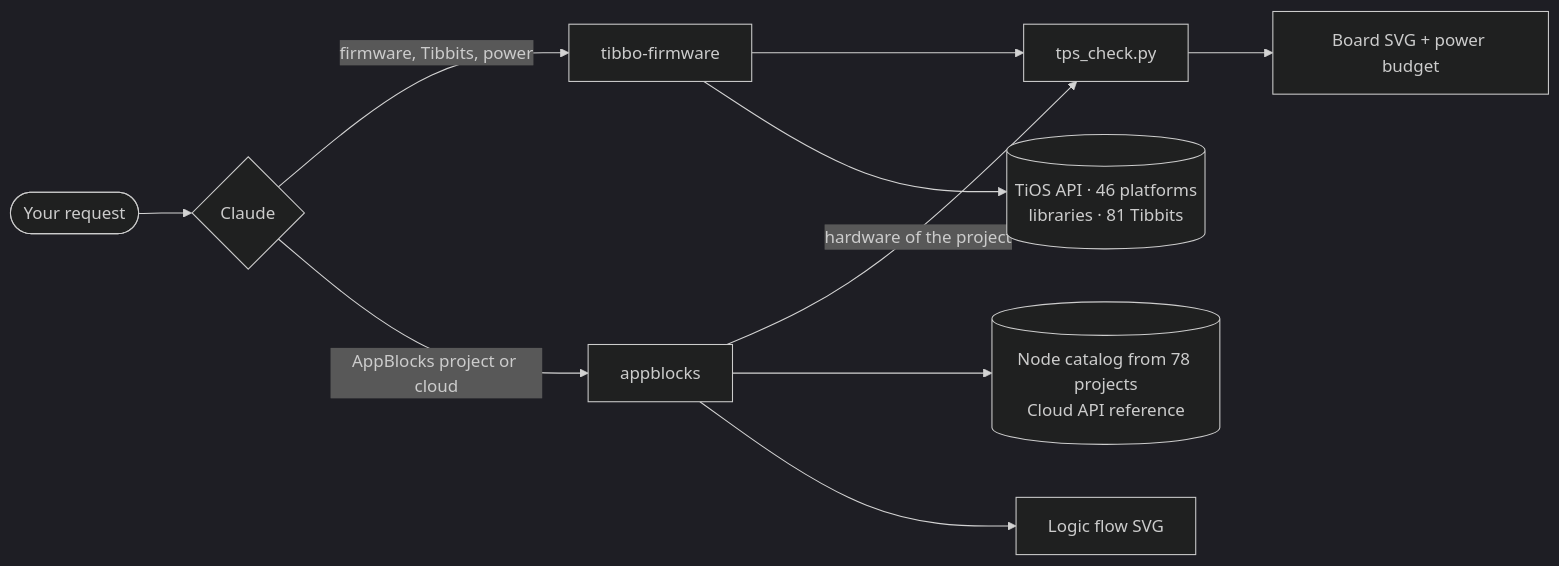
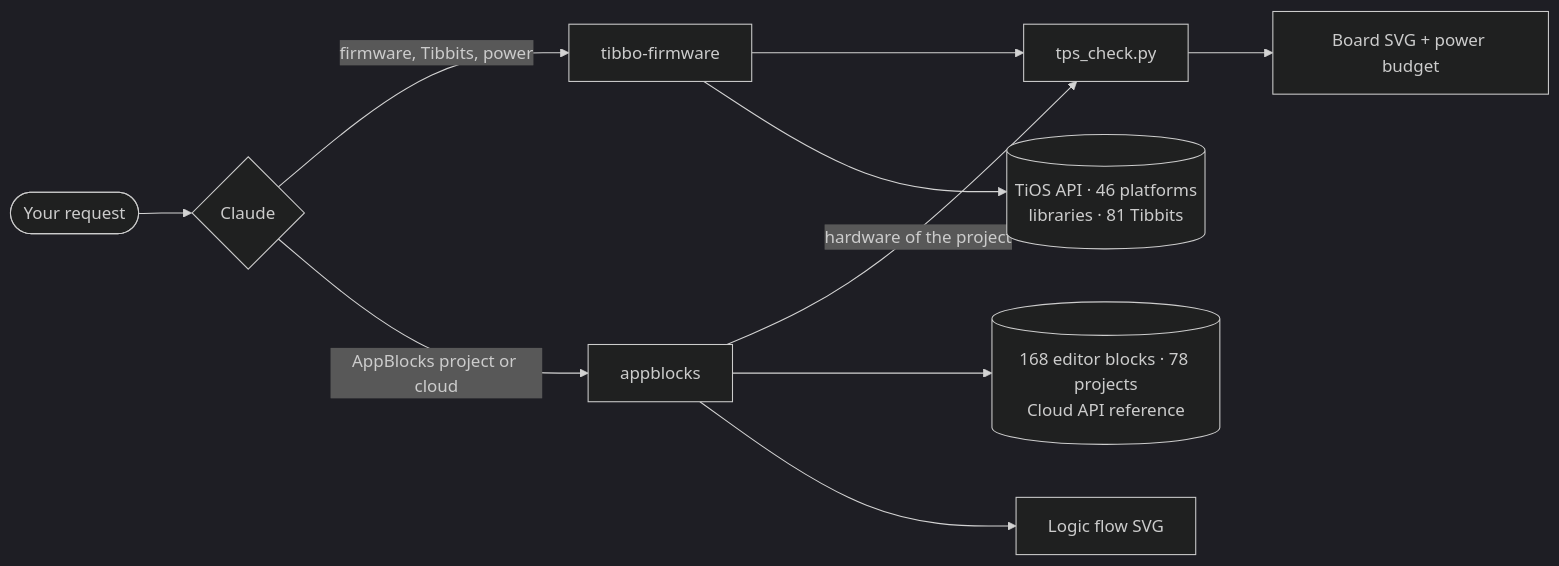
The diagram in README.md (SCANCODE-IOT/tibbo-claude-skills), drawn with Mermaid (dark theme) before and after one commit. The commit also changed 17 other files, not shown here.

````diff
--- a/README.md
+++ b/README.md
@@ -42,12 +42,12 @@
 ```mermaid
 flowchart LR
     U([Your request]) --> C{Claude}
     C -->|firmware, Tibbits, power| F[tibbo-firmware]
     C -->|AppBlocks project or cloud| A[appblocks]
     A -->|hardware of the project| T[tps_check.py]
     F --> T
     F --> R[(TiOS API · 46 platforms<br/>libraries · 81 Tibbits)]
-    A --> K[(Node catalog from 78 projects<br/>Cloud API reference)]
+    A --> K[(168 editor blocks · 78 projects<br/>Cloud API reference)]
     T --> S[Board SVG + power budget]
     A --> L[Logic flow SVG]
 ```
````
